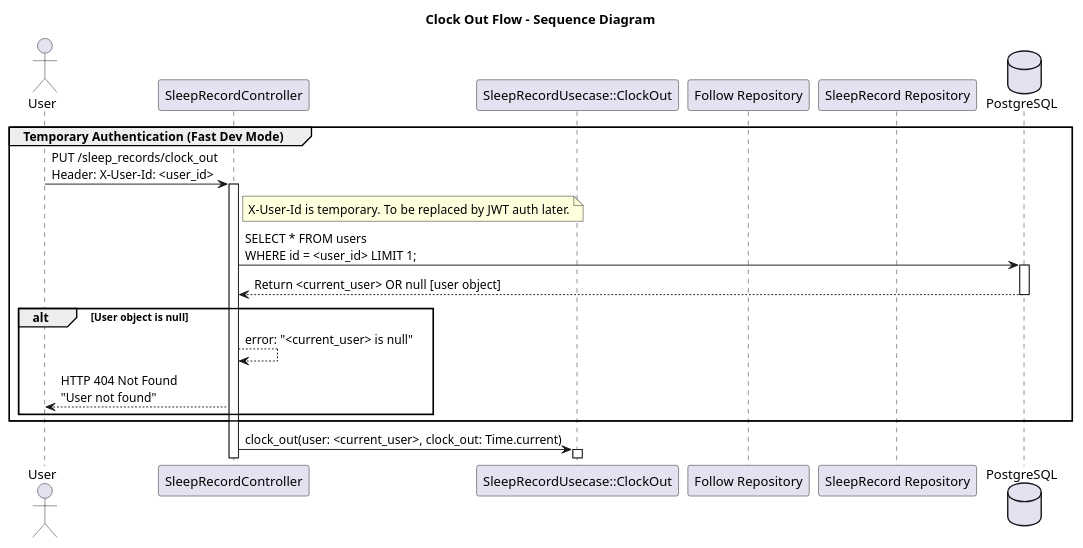
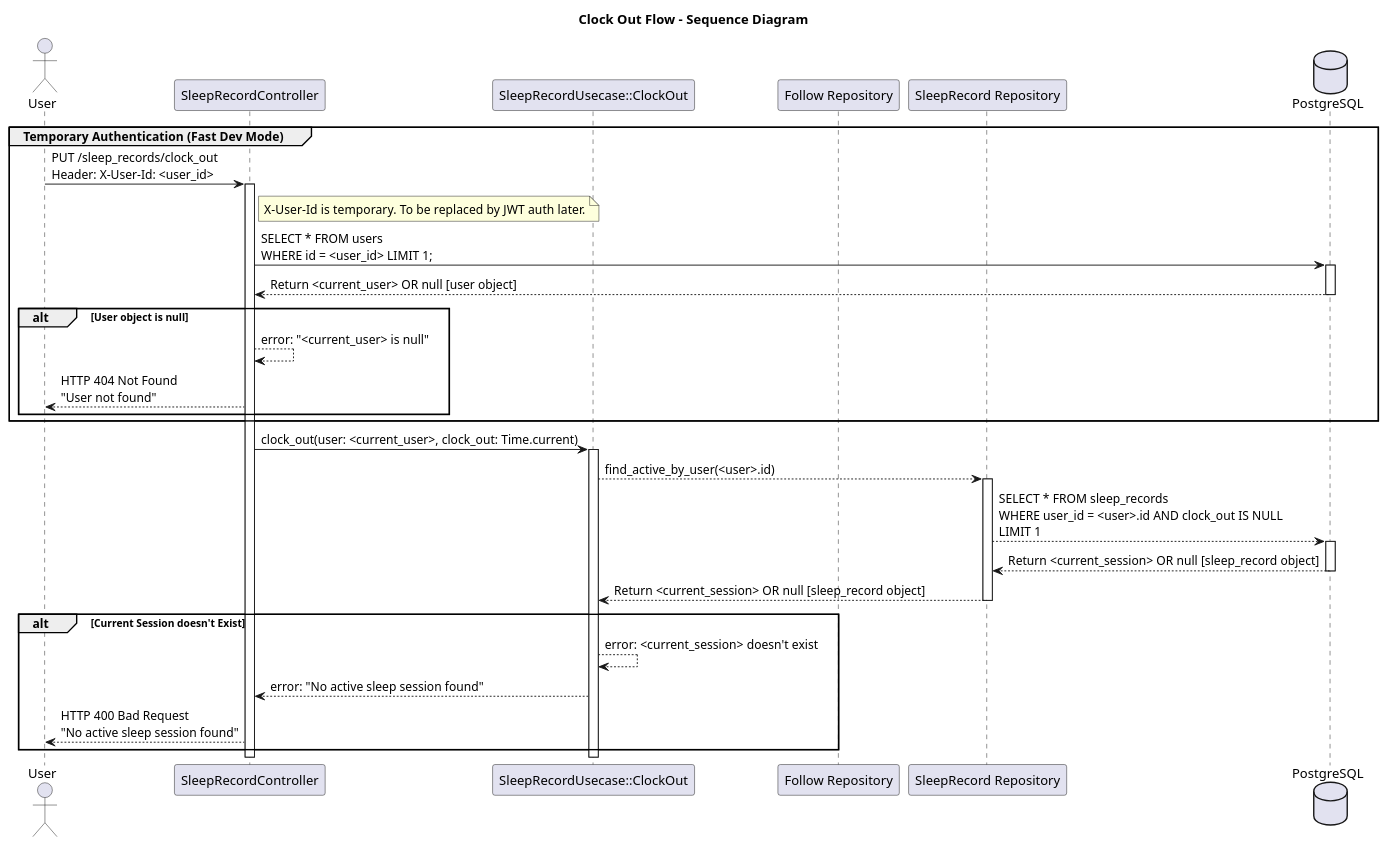
Before and after one commit to wisnuaga/good-night: the diagram in docs/diagram/ClockOutFlow.plantuml, drawn with PlantUML.

Commit message:
clock-out: checking current session

```diff
--- a/docs/diagram/ClockOutFlow.plantuml
+++ b/docs/diagram/ClockOutFlow.plantuml
@@ -1,35 +1,50 @@
 @startuml ClockOutFlow
 title Clock Out Flow - Sequence Diagram
 
 ' Define actors and components
 actor User
 participant "SleepRecordController" as Controller
 participant "SleepRecordUsecase::ClockOut" as Usecase
 participant "Follow Repository" as FollowRepository
 participant "SleepRecord Repository" as SleepRecordRepository
 database "PostgreSQL" as DB
 
 ' Temporary auth via X-User-Id header (for fast development, to be replaced later)
 group Temporary Authentication (Fast Dev Mode)
     User -> Controller: PUT /sleep_records/clock_out\nHeader: X-User-Id: <user_id>
     activate Controller
 
     note right of Controller
       X-User-Id is temporary. To be replaced by JWT auth later.
     end note
 
     Controller -> DB: SELECT * FROM users\nWHERE id = <user_id> LIMIT 1;
     activate DB
     DB --> Controller: Return <current_user> OR null [user object]
     deactivate DB
 
     alt User object is null
         Controller --> Controller: error: "<current_user> is null"
         Controller --> User: HTTP 404 Not Found\n"User not found"
     end
 end group
 
 Controller -> Usecase: clock_out(user: <current_user>, clock_out: Time.current)
 activate Usecase
 
+Usecase --> SleepRecordRepository: find_active_by_user(<user>.id)
+activate SleepRecordRepository
+SleepRecordRepository --> DB: SELECT * FROM sleep_records \nWHERE user_id = <user>.id AND clock_out IS NULL \nLIMIT 1
+activate DB
+DB --> SleepRecordRepository: Return <current_session> OR null [sleep_record object]
+deactivate DB
+SleepRecordRepository --> Usecase: Return <current_session> OR null [sleep_record object]
+deactivate SleepRecordRepository
+
+alt Current Session doesn't Exist
+    Usecase --> Usecase: error: <current_session> doesn't exist
+    Usecase --> Controller: error: "No active sleep session found"
+    Controller --> User: HTTP 400 Bad Request\n"No active sleep session found"
+end
+
 @enduml
```
